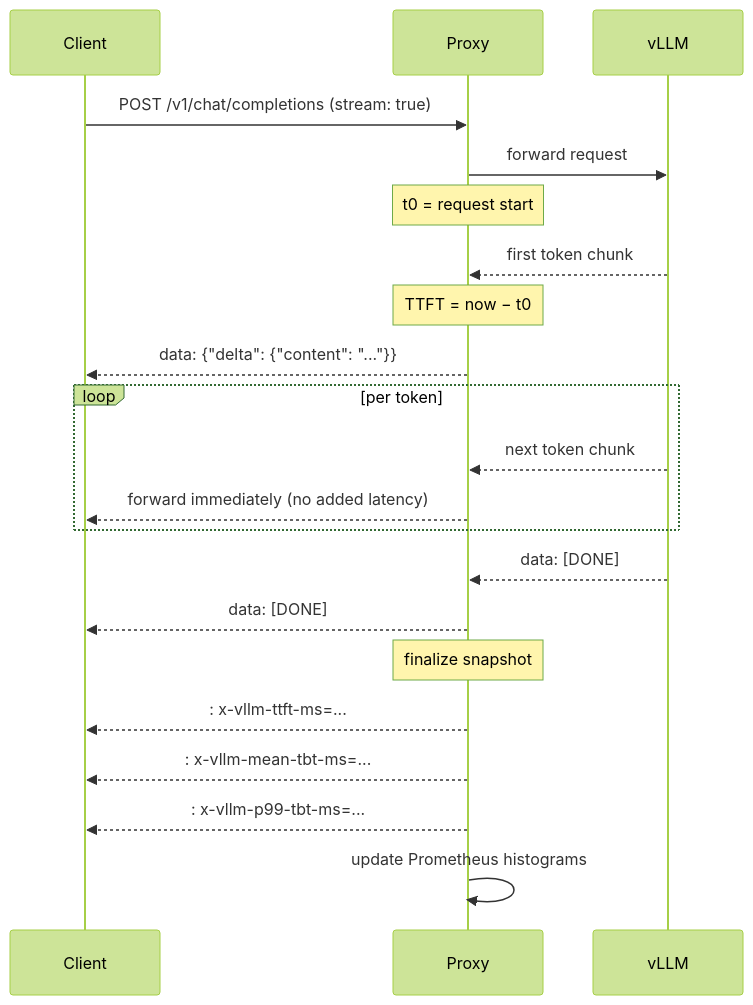
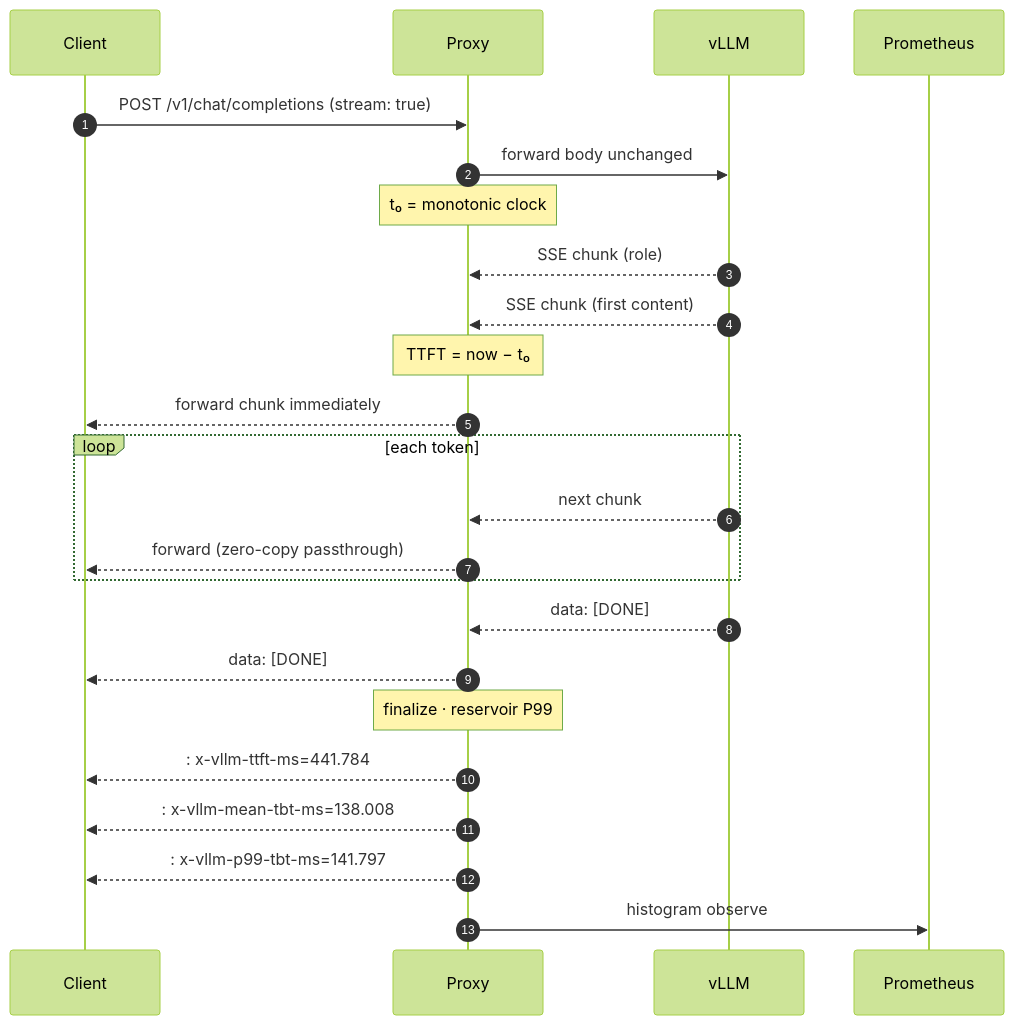
The third of 6 diagrams in README.md (ArchanaChetan07/ai-inference-observability-platform), drawn with Mermaid (forest theme) before and after one commit. The commit also changed other lines of this file and 4 other files, not shown here.

First line of the commit message:
Docs: restructure README with architecture diagrams and live benchmark charts.

````diff
--- a/README.md
+++ b/README.md
@@ -115,24 +120,27 @@
 ```mermaid
 sequenceDiagram
+    autonumber
     participant C as Client
     participant P as Proxy
     participant V as vLLM
+    participant M as Prometheus
 
     C->>P: POST /v1/chat/completions (stream: true)
-    P->>V: forward request
-    Note over P: t0 = request start
-    V-->>P: first token chunk
-    Note over P: TTFT = now − t0
-    P-->>C: data: {"delta": {"content": "..."}}
-    loop per token
-        V-->>P: next token chunk
-        P-->>C: forward immediately (no added latency)
+    P->>V: forward body unchanged
+    Note over P: t₀ = monotonic clock
+    V-->>P: SSE chunk (role)
+    V-->>P: SSE chunk (first content)
+    Note over P: TTFT = now − t₀
+    P-->>C: forward chunk immediately
+    loop each token
+        V-->>P: next chunk
+        P-->>C: forward (zero-copy passthrough)
     end
     V-->>P: data: [DONE]
     P-->>C: data: [DONE]
-    Note over P: finalize snapshot
-    P-->>C: : x-vllm-ttft-ms=...
-    P-->>C: : x-vllm-mean-tbt-ms=...
-    P-->>C: : x-vllm-p99-tbt-ms=...
-    P->>P: update Prometheus histograms
+    Note over P: finalize · reservoir P99
+    P-->>C: : x-vllm-ttft-ms=441.784
+    P-->>C: : x-vllm-mean-tbt-ms=138.008
+    P-->>C: : x-vllm-p99-tbt-ms=141.797
+    P->>M: histogram observe
 ```
````
